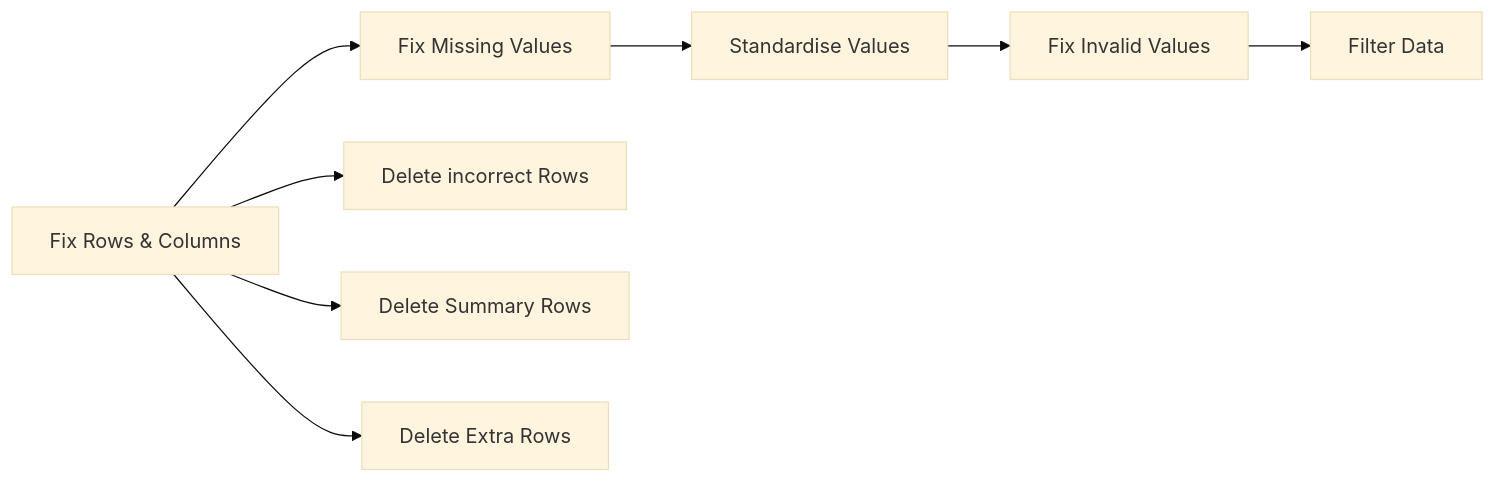
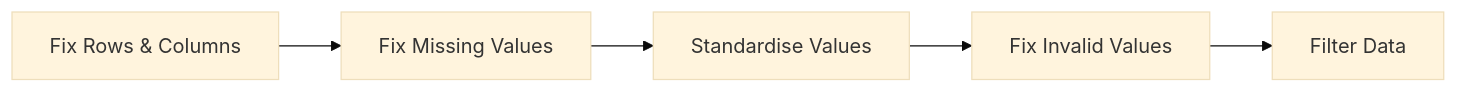
One commit to datagrad/EDA-of-Bank-Telemarketing-Campaign changed the second of 9 diagrams in Bank-Data.md. Above: the diagram before and after it, drawn with Mermaid (base theme). The commit also changed other lines of this file, not shown here.

````diff
--- a/Bank-Data.md
+++ b/Bank-Data.md
@@ -82,11 +82,8 @@
 ```mermaid
 graph LR;
 a[Fix Rows & Columns] --> b[Fix Missing Values];
 b --> c[Standardise Values];
 c --> d[Fix Invalid Values];
 d --> e[Filter Data];
 
-a --> f[Delete incorrect Rows];
-a --> g[Delete Summary Rows];
-a --> h[Delete Extra Rows];
 ```
````
